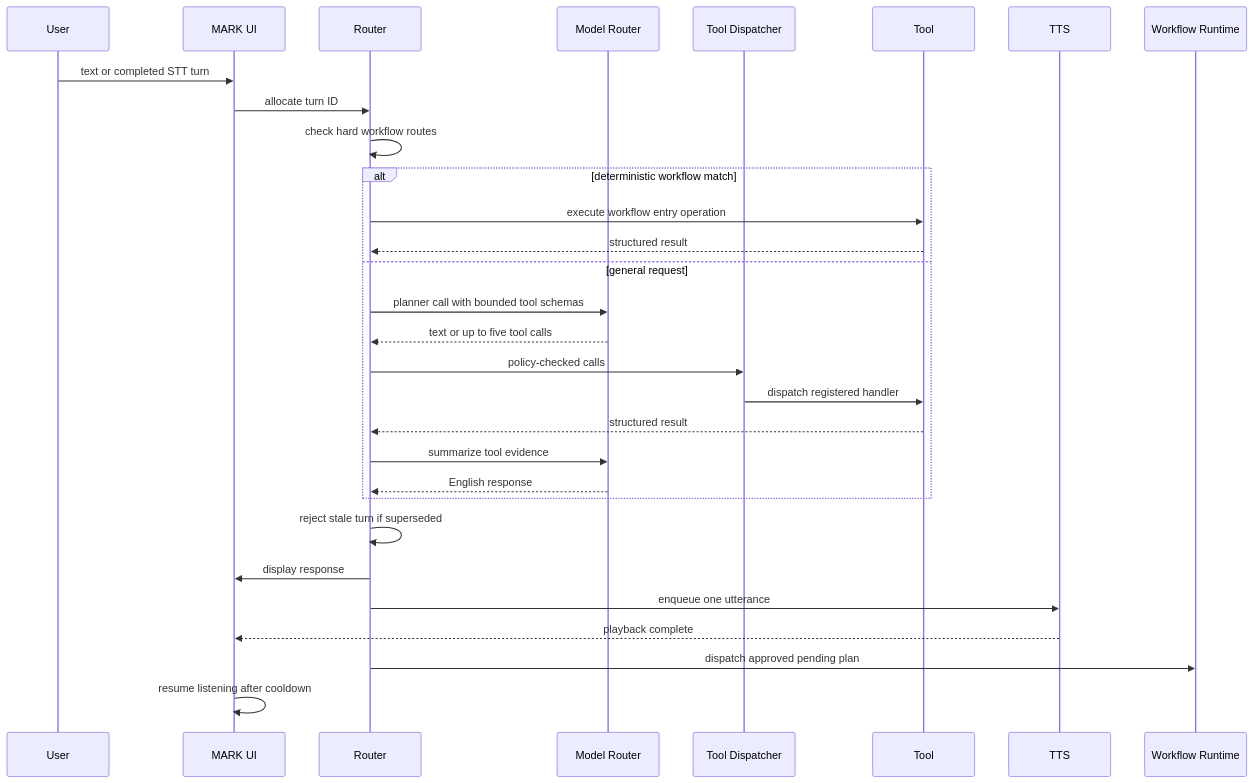
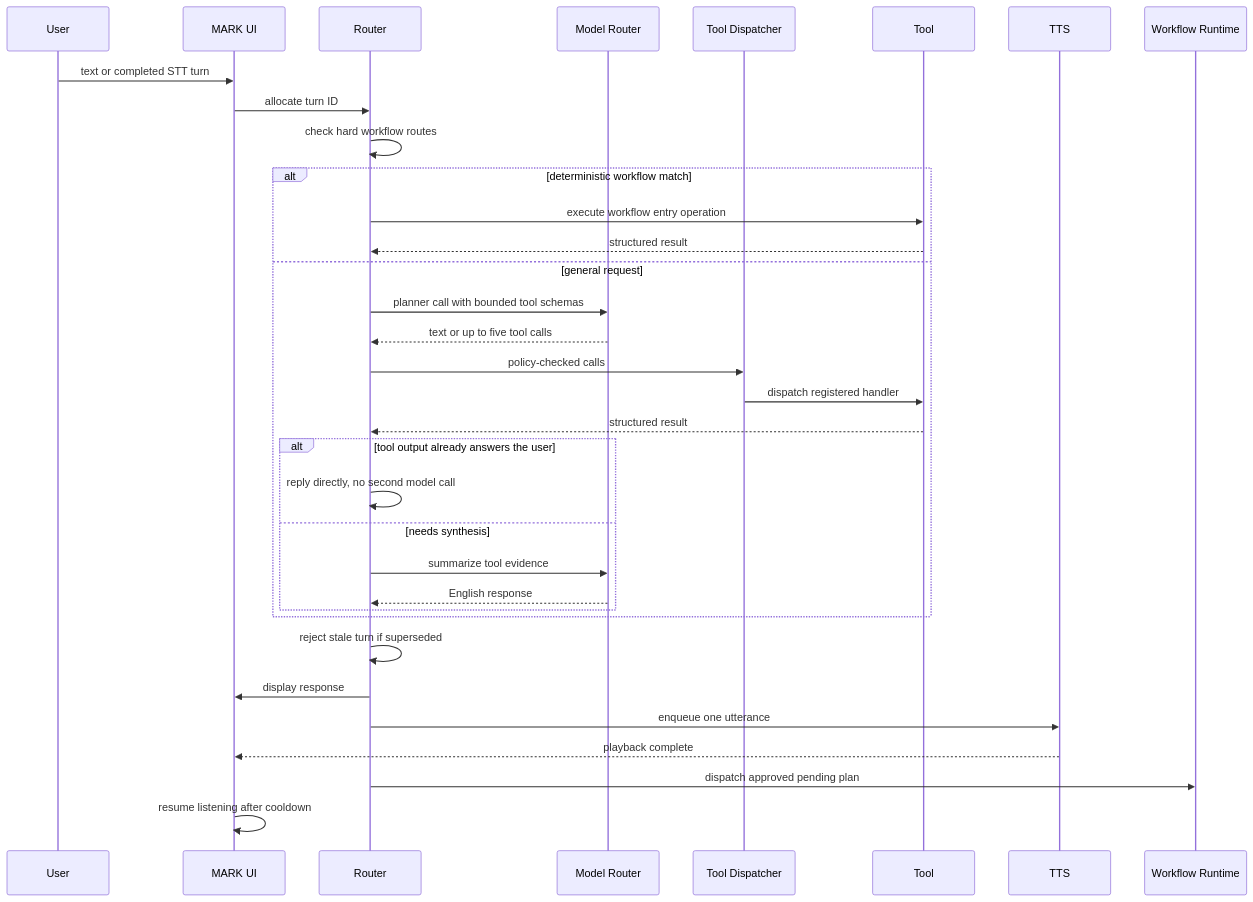
One commit to Jake36999/Mark-XLVIII-main changed the diagram in Jarvis_notes/User Guide/Developer Handbook/01 Runtime Architecture and Turn Lifecycle.md. Above: the diagram before and after it, drawn with Mermaid. The commit also changed other lines of this file and 5 other files, not shown here.

````diff
--- a/Jarvis_notes/User Guide/Developer Handbook/01 Runtime Architecture and Turn Lifecycle.md
+++ b/Jarvis_notes/User Guide/Developer Handbook/01 Runtime Architecture and Turn Lifecycle.md
@@ -40,33 +40,37 @@
 ```mermaid
 sequenceDiagram
     participant U as User
     participant UI as MARK UI
     participant R as Router
     participant M as Model Router
     participant D as Tool Dispatcher
     participant T as Tool
     participant S as TTS
     participant W as Workflow Runtime
 
     U->>UI: text or completed STT turn
     UI->>R: allocate turn ID
     R->>R: check hard workflow routes
     alt deterministic workflow match
         R->>T: execute workflow entry operation
         T-->>R: structured result
     else general request
         R->>M: planner call with bounded tool schemas
         M-->>R: text or up to five tool calls
         R->>D: policy-checked calls
         D->>T: dispatch registered handler
         T-->>R: structured result
-        R->>M: summarize tool evidence
-        M-->>R: English response
+        alt tool output already answers the user
+            R->>R: reply directly, no second model call
+        else needs synthesis
+            R->>M: summarize tool evidence
+            M-->>R: English response
+        end
     end
     R->>R: reject stale turn if superseded
     R->>UI: display response
     R->>S: enqueue one utterance
     S-->>UI: playback complete
     R->>W: dispatch approved pending plan
     UI->>UI: resume listening after cooldown
 ```
````
